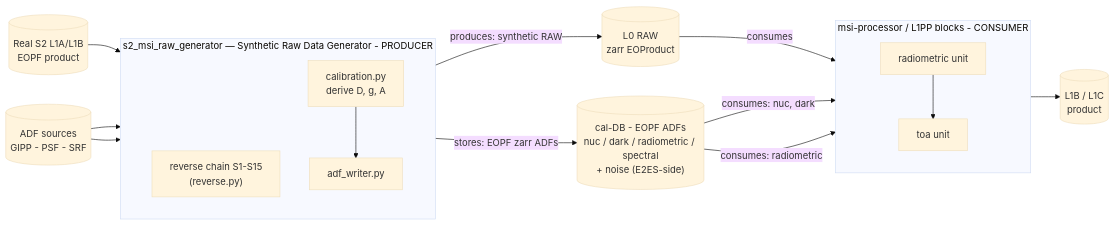
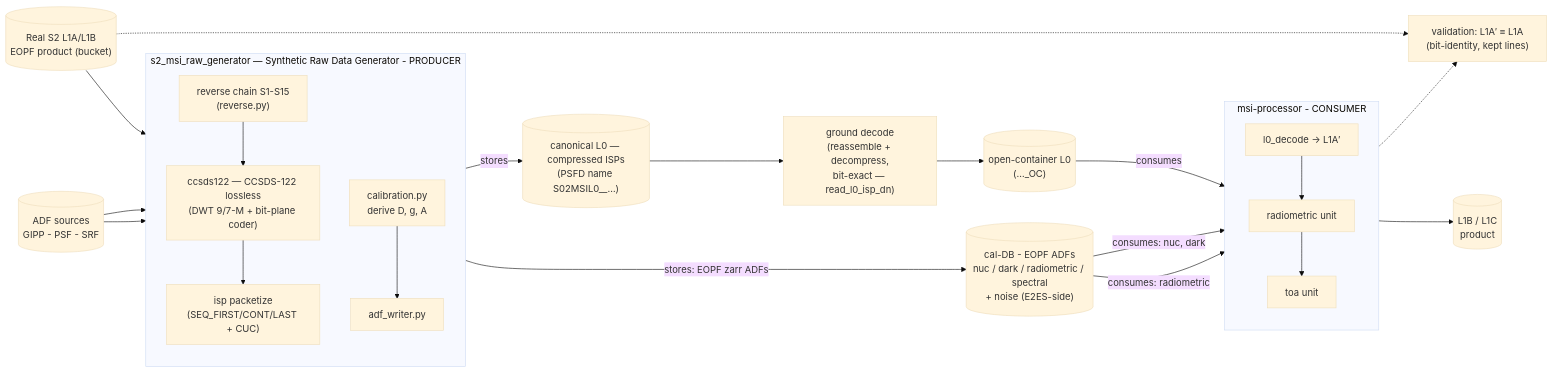
One commit to AstroCan17/s2-msi-raw-generator changed the diagram in README.md. Above: the diagram before and after it, drawn with Mermaid (base theme). The commit also changed other lines of this file and 15 other files, not shown here.

Commit message:
feat(e2e): real-L1A driver + PSFD naming (ICD-IF-NAME) + stdlib S3 fetch + e2e-real-l1a CI job

````diff
--- a/README.md
+++ b/README.md
@@ -25,28 +25,39 @@
 ```mermaid
 flowchart LR
-    IN[("Real S2 L1A/L1B<br/>EOPF product")]
+    IN[("Real S2 L1A/L1B<br/>EOPF product (bucket)")]
     ADFsrc[("ADF sources<br/>GIPP - PSF - SRF")]
     subgraph GEN["s2_msi_raw_generator — Synthetic Raw Data Generator - PRODUCER"]
         direction TB
         REV["reverse chain S1-S15<br/>(reverse.py)"]
+        C122["ccsds122 — CCSDS-122 lossless<br/>(DWT 9/7-M + bit-plane coder)"]
+        PKT["isp packetize<br/>(SEQ_FIRST/CONT/LAST + CUC)"]
         CAL["calibration.py<br/>derive D, g, A"]
         ADFW["adf_writer.py"]
+        REV --> C122 --> PKT
     end
-    L0[("L0 RAW<br/>zarr EOProduct")]
+    L0c[("canonical L0 — compressed ISPs<br/>(PSFD name S02MSIL0__…)")]
+    GD["ground decode<br/>(reassemble + decompress,<br/>bit-exact — read_l0_isp_dn)"]
+    L0oc[("open-container L0<br/>(…_OC)")]
     CALDB[("cal-DB - EOPF ADFs<br/>nuc / dark / radiometric / spectral<br/>+ noise (E2ES-side)")]
-    subgraph PROC["msi-processor / L1PP blocks - CONSUMER"]
+    subgraph PROC["msi-processor - CONSUMER"]
         direction TB
+        L0D["l0_decode → L1A′"]
         RAD["radiometric unit"]
         TOA["toa unit"]
     end
+    VAL["validation: L1A′ ≡ L1A<br/>(bit-identity, kept lines)"]
     L1[("L1B / L1C<br/>product")]
     IN --> REV
     ADFsrc --> REV
     ADFsrc --> CAL
-    REV -->|"produces: synthetic RAW"| L0
+    PKT -->|"stores"| L0c
+    L0c --> GD --> L0oc
     CAL --> ADFW -->|"stores: EOPF zarr ADFs"| CALDB
-    L0 -->|"consumes"| RAD
+    L0oc -->|"consumes"| L0D
+    L0D --> RAD
     CALDB -->|"consumes: nuc, dark"| RAD
     CALDB -->|"consumes: radiometric"| TOA
     RAD --> TOA --> L1
+    L0D -.-> VAL
+    IN -.-> VAL
 ```
````
